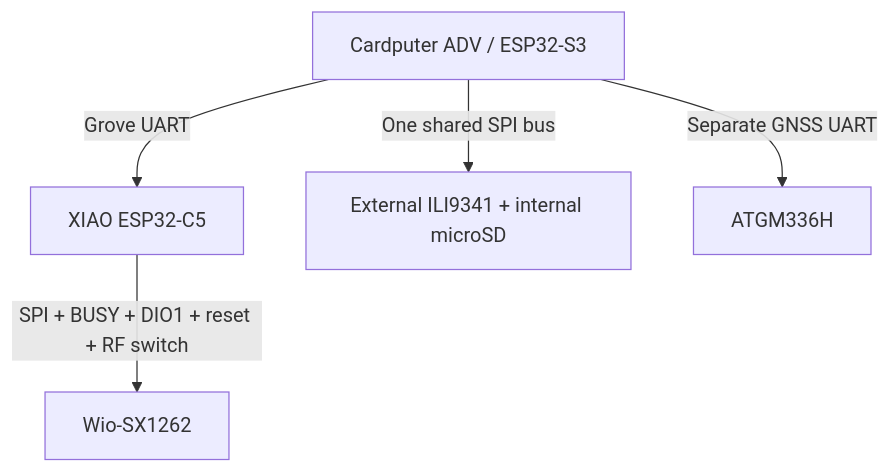
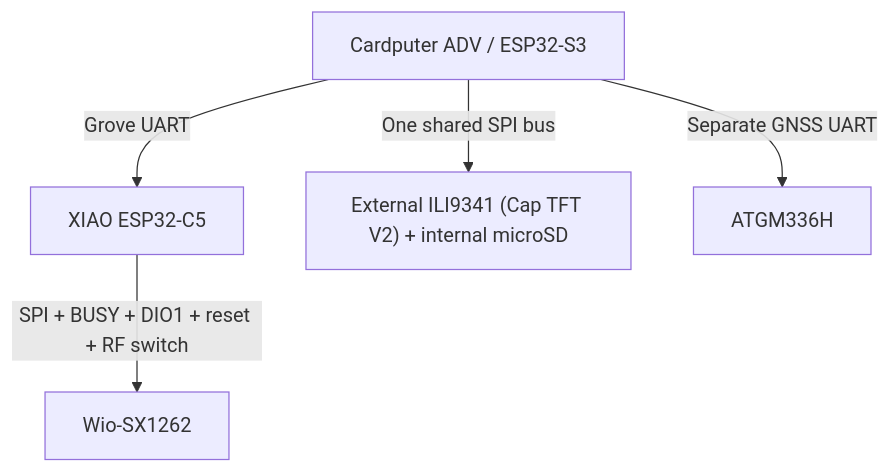
The diagram in Research/c5-backpack-design.md (d3mocide/Oscilla), drawn with Mermaid before and after one commit. The commit also changed other lines of this file and 2 other files, not shown here.

First line of the commit message:
docs(hardware): correct CC1101 band and TFT pinout to real hardware

````diff
--- a/Research/c5-backpack-design.md
+++ b/Research/c5-backpack-design.md
@@ -25,7 +26,7 @@
 ```mermaid
 flowchart TD
     H["Cardputer ADV / ESP32-S3"] -->|"Grove UART"| C["XIAO ESP32-C5"]
-    H -->|"One shared SPI bus"| S["External ILI9341 + internal microSD"]
+    H -->|"One shared SPI bus"| S["External ILI9341 (Cap TFT V2) + internal microSD"]
     H -->|"Separate GNSS UART"| G["ATGM336H"]
     C -->|"SPI + BUSY + DIO1 + reset + RF switch"| L["Wio-SX1262"]
 ```
````
